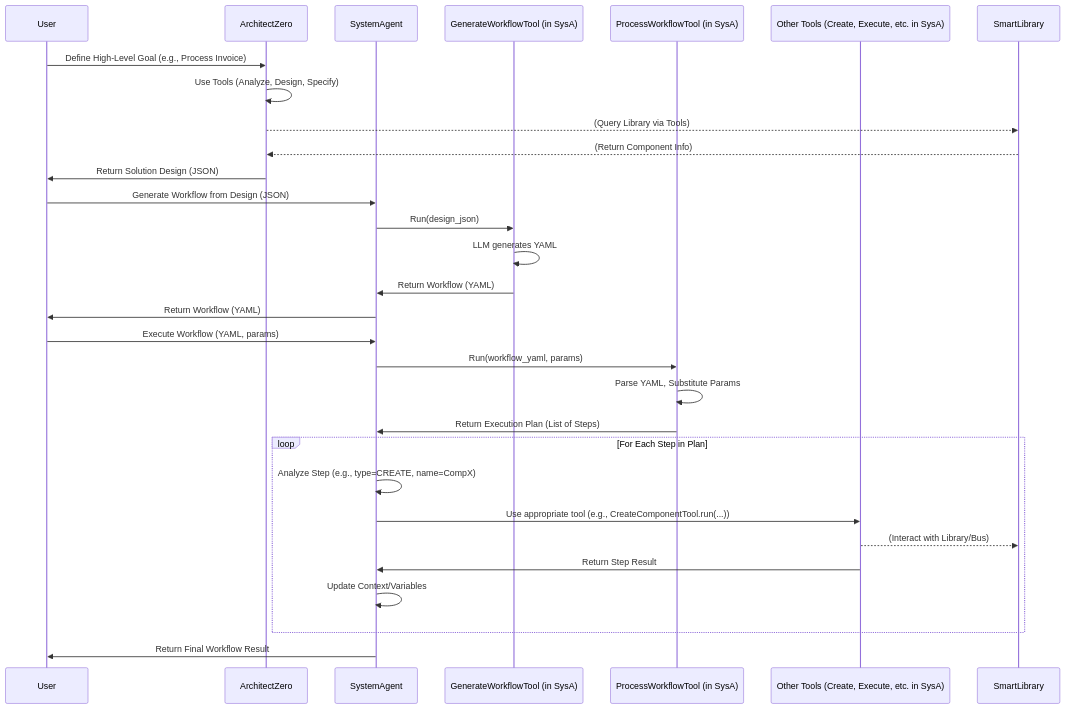
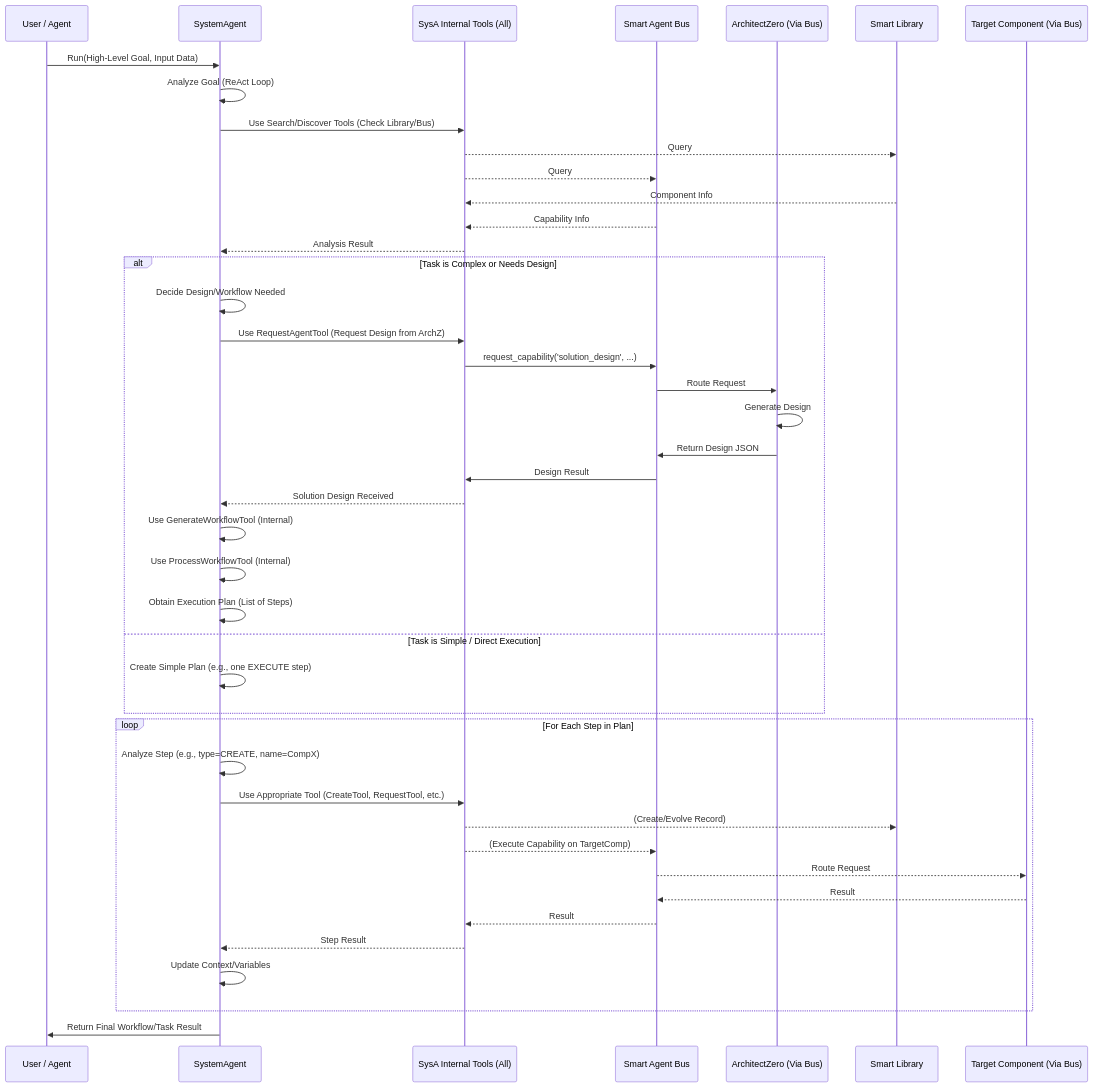
The sixth of 7 diagrams in docs/ARCHITECTURE.md (matiasmolinas/evolving-agents), drawn with Mermaid before and after one commit. The commit also changed other lines of this file and 6 other files, not shown here.

Commit message:
system bus and data bus initial implementation on smart bus

````diff
--- a/docs/ARCHITECTURE.md
+++ b/docs/ARCHITECTURE.md
@@ -190,36 +220,51 @@
 ```mermaid
 sequenceDiagram
-    participant User
-    participant ArchZ as ArchitectZero
+    participant Caller as User / Agent
     participant SysA as SystemAgent
-    participant GenTool as GenerateWorkflowTool (in SysA)
-    participant ProcTool as ProcessWorkflowTool (in SysA)
-    participant OtherTools as Other Tools (Create, Execute, etc. in SysA)
-    participant SL as SmartLibrary
+    participant InternalTools as SysA Internal Tools (All)
+    participant AgentBus as Smart Agent Bus
+    participant ArchZ as ArchitectZero (Via Bus)
+    participant Library as Smart Library
+    participant TargetComp as Target Component (Via Bus)
 
-    User->>ArchZ: Define High-Level Goal (e.g., Process Invoice)
-    ArchZ->>ArchZ: Use Tools (Analyze, Design, Specify)
-    ArchZ-->>SL: (Query Library via Tools)
-    SL-->>ArchZ: (Return Component Info)
-    ArchZ->>User: Return Solution Design (JSON)
+    Caller->>SysA: Run(High-Level Goal, Input Data)
 
-    User->>SysA: Generate Workflow from Design (JSON)
-    SysA->>GenTool: Run(design_json)
-    GenTool->>GenTool: LLM generates YAML
-    GenTool->>SysA: Return Workflow (YAML)
-    SysA->>User: Return Workflow (YAML)
+    SysA->>SysA: Analyze Goal (ReAct Loop)
+    SysA->>InternalTools: Use Search/Discover Tools (Check Library/Bus)
+    InternalTools-->>Library: Query
+    InternalTools-->>AgentBus: Query
+    Library-->>InternalTools: Component Info
+    AgentBus-->>InternalTools: Capability Info
+    InternalTools-->>SysA: Analysis Result
 
-    User->>SysA: Execute Workflow (YAML, params)
-    SysA->>ProcTool: Run(workflow_yaml, params)
-    ProcTool->>ProcTool: Parse YAML, Substitute Params
-    ProcTool->>SysA: Return Execution Plan (List of Steps)
+    alt Task is Complex or Needs Design
+        SysA->>SysA: Decide Design/Workflow Needed
+        SysA->>InternalTools: Use RequestAgentTool (Request Design from ArchZ)
+        InternalTools->>AgentBus: request_capability('solution_design', ...)
+        AgentBus->>ArchZ: Route Request
+        ArchZ->>ArchZ: Generate Design
+        ArchZ->>AgentBus: Return Design JSON
+        AgentBus->>InternalTools: Design Result
+        InternalTools-->>SysA: Solution Design Received
+
+        SysA->>SysA: Use GenerateWorkflowTool (Internal)
+        SysA->>SysA: Use ProcessWorkflowTool (Internal)
+        SysA->>SysA: Obtain Execution Plan (List of Steps)
+    else Task is Simple / Direct Execution
+        SysA->>SysA: Create Simple Plan (e.g., one EXECUTE step)
+    end
 
     loop For Each Step in Plan
         SysA->>SysA: Analyze Step (e.g., type=CREATE, name=CompX)
-        SysA->>OtherTools: Use appropriate tool (e.g., CreateComponentTool.run(...))
-        OtherTools-->>SL: (Interact with Library/Bus)
-        OtherTools->>SysA: Return Step Result
+        SysA->>InternalTools: Use Appropriate Tool (CreateTool, RequestTool, etc.)
+        InternalTools-->>Library: (Create/Evolve Record)
+        InternalTools-->>AgentBus: (Execute Capability on TargetComp)
+        AgentBus-->>TargetComp: Route Request
+        TargetComp-->>AgentBus: Result
+        AgentBus-->>InternalTools: Result
+        InternalTools-->>SysA: Step Result
         SysA->>SysA: Update Context/Variables
     end
-    SysA->>User: Return Final Workflow Result
+
+    SysA->>Caller: Return Final Workflow/Task Result
 ```
````
